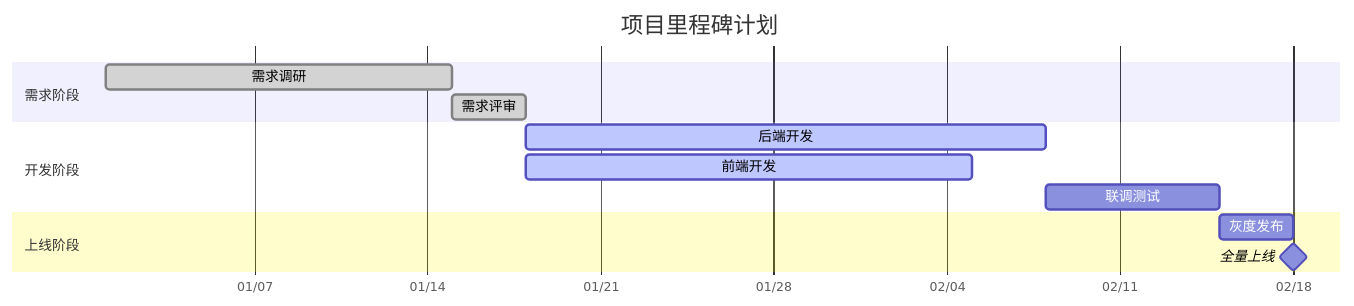
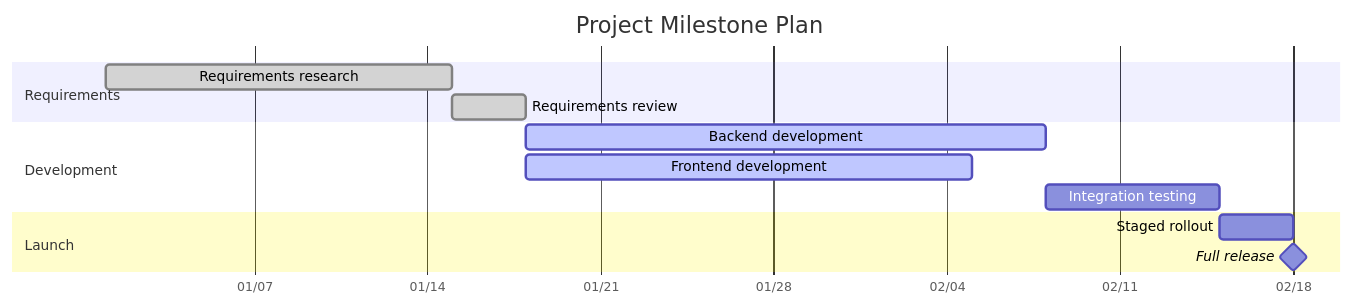
The fifth of 15 diagrams in skills/charts/references/mermaid.md (abdou-da0wew/zcode-skills), drawn with Mermaid before and after one commit. The commit also changed other lines of this file and 504 other files, not shown here.

````diff
--- a/skills/charts/references/mermaid.md
+++ b/skills/charts/references/mermaid.md
@@ -374,19 +374,19 @@
 ```mermaid
 gantt
-    title 项目里程碑计划
+    title Project Milestone Plan
     dateFormat YYYY-MM-DD
     axisFormat %m/%d
 
-    section 需求阶段
-    需求调研           :done,    req1, 2024-01-01, 14d
-    需求评审           :done,    req2, after req1, 3d
+    section Requirements
+    Requirements research   :done,    req1, 2024-01-01, 14d
+    Requirements review     :done,    req2, after req1, 3d
 
-    section 开发阶段
-    后端开发           :active,  dev1, after req2, 21d
-    前端开发           :active,  dev2, after req2, 18d
-    联调测试           :         dev3, after dev1, 7d
+    section Development
+    Backend development     :active,  dev1, after req2, 21d
+    Frontend development    :active,  dev2, after req2, 18d
+    Integration testing     :         dev3, after dev1, 7d
 
-    section 上线阶段
-    灰度发布           :         rel1, after dev3, 3d
-    全量上线           :milestone, rel2, after rel1, 0d
+    section Launch
+    Staged rollout          :         rel1, after dev3, 3d
+    Full release            :milestone, rel2, after rel1, 0d
 ```
````
